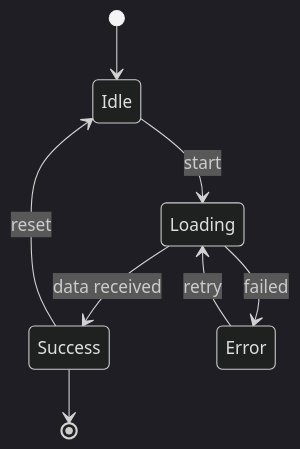
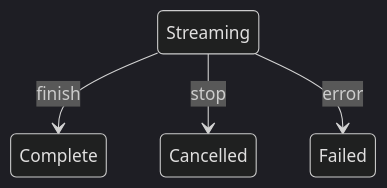
The fourth of 10 diagrams in playground/nuxt/app/markdown/mermaid.md (jinghaihan/vue-stream-markdown), drawn with Mermaid (dark theme) before and after one commit. The commit also changed other lines of this file and 1 other file, not shown here.

Commit message:
docs(playground): refresh landing page and mermaid examples

````diff
--- a/playground/nuxt/app/markdown/mermaid.md
+++ b/playground/nuxt/app/markdown/mermaid.md
@@ -77,10 +77,7 @@
 ```mermaid
 stateDiagram-v2
-    [*] --> Idle
-    Idle --> Loading: start
-    Loading --> Success: data received
-    Loading --> Error: failed
-    Success --> Idle: reset
-    Error --> Loading: retry
-    Success --> [*]
+    direction TB
+    Streaming --> Complete: finish
+    Streaming --> Cancelled: stop
+    Streaming --> Failed: error
 ```
````
